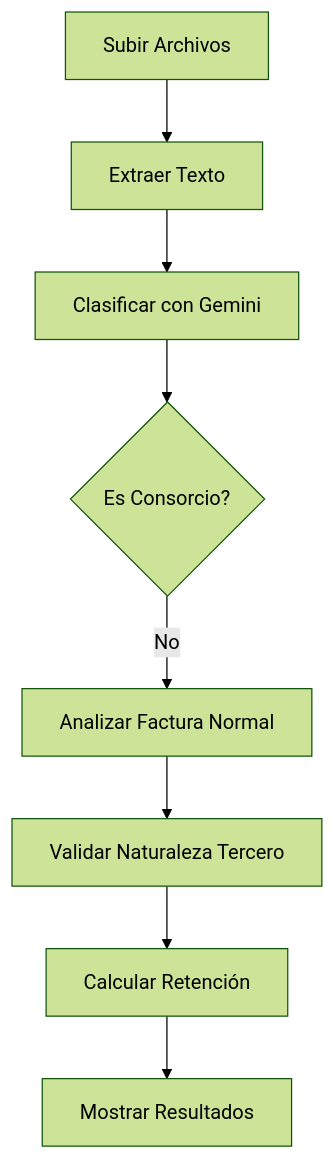
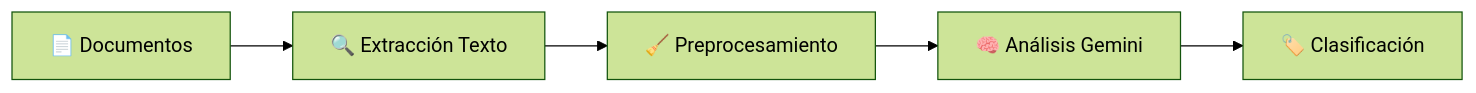
One commit to nexuraintl/mod_preliquidador changed the first of 2 diagrams in README.md. Above: the diagram before and after it, drawn with Mermaid (forest theme). The commit also changed other lines of this file and 22 other files, not shown here.

````diff
--- a/README.md
+++ b/README.md
@@ -190,10 +87,7 @@
 ```mermaid
-graph TD
-    A[Subir Archivos] --> B[Extraer Texto]
-    B --> C[Clasificar con Gemini]
-    C --> D{Es Consorcio?}
-    D -->|No| E[Analizar Factura Normal]
-    E --> F[Validar Naturaleza Tercero]
-    F --> G[Calcular Retención]
-    G --> H[Mostrar Resultados]
+graph LR
+    A[📄 Documentos] --> B[🔍 Extracción Texto]
+    B --> C[🧹 Preprocesamiento]
+    C --> D[🧠 Análisis Gemini]
+    D --> E[🏷️ Clasificación]
 ```
````
